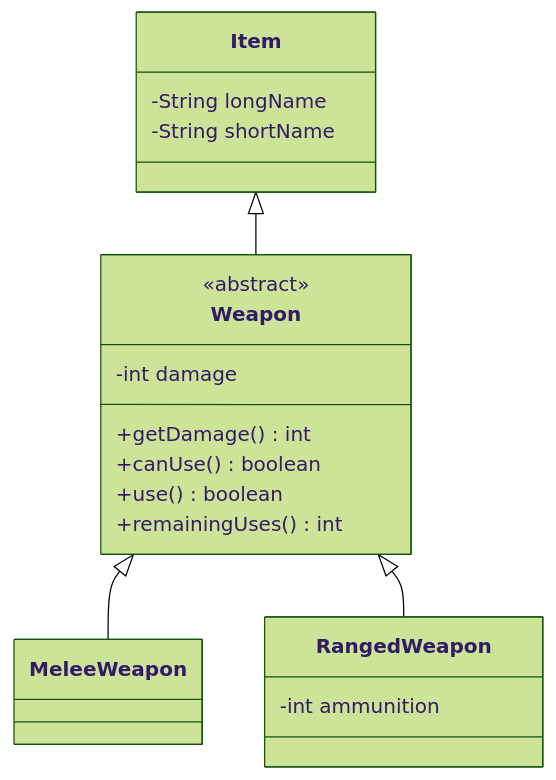
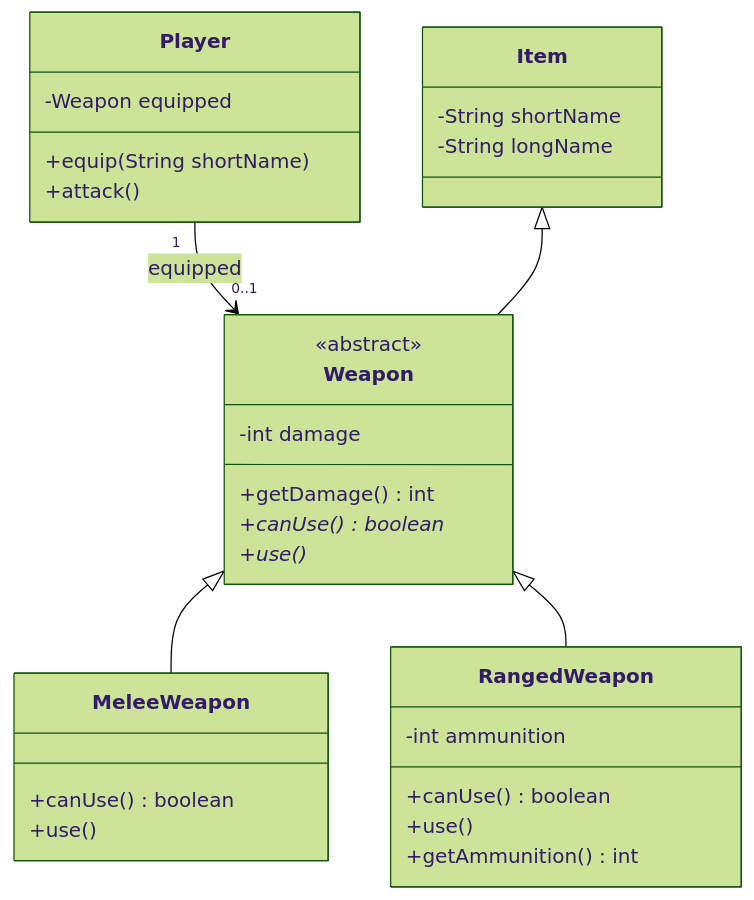
Before and after one commit to CheMical/DAT-GBG-DA-E26AB: the diagram in projekter/adventure/del-4-weapons.md, drawn with Mermaid (forest theme). The commit also changed other lines of this file and 20 other files, not shown here.

````diff
--- a/projekter/adventure/del-4-weapons.md
+++ b/projekter/adventure/del-4-weapons.md
@@ -111,23 +114,34 @@
 ```mermaid
 classDiagram
     class Item {
+        -String shortName
         -String longName
-        -String shortName
     }
     class Weapon {
         <<abstract>>
         -int damage
         +getDamage() int
+        +canUse()* boolean
+        +use()*
+    }
+    class MeleeWeapon {
         +canUse() boolean
-        +use() boolean
-        +remainingUses() int
+        +use()
     }
-    class MeleeWeapon
     class RangedWeapon {
         -int ammunition
+        +canUse() boolean
+        +use()
+        +getAmmunition() int
     }
+    class Player {
+        -Weapon equipped
+        +equip(String shortName)
+        +attack()
+    }
+    Player "1" --> "0..1" Weapon : equipped
 
     Item <|-- Weapon
     Weapon <|-- MeleeWeapon
     Weapon <|-- RangedWeapon
 ```
````
